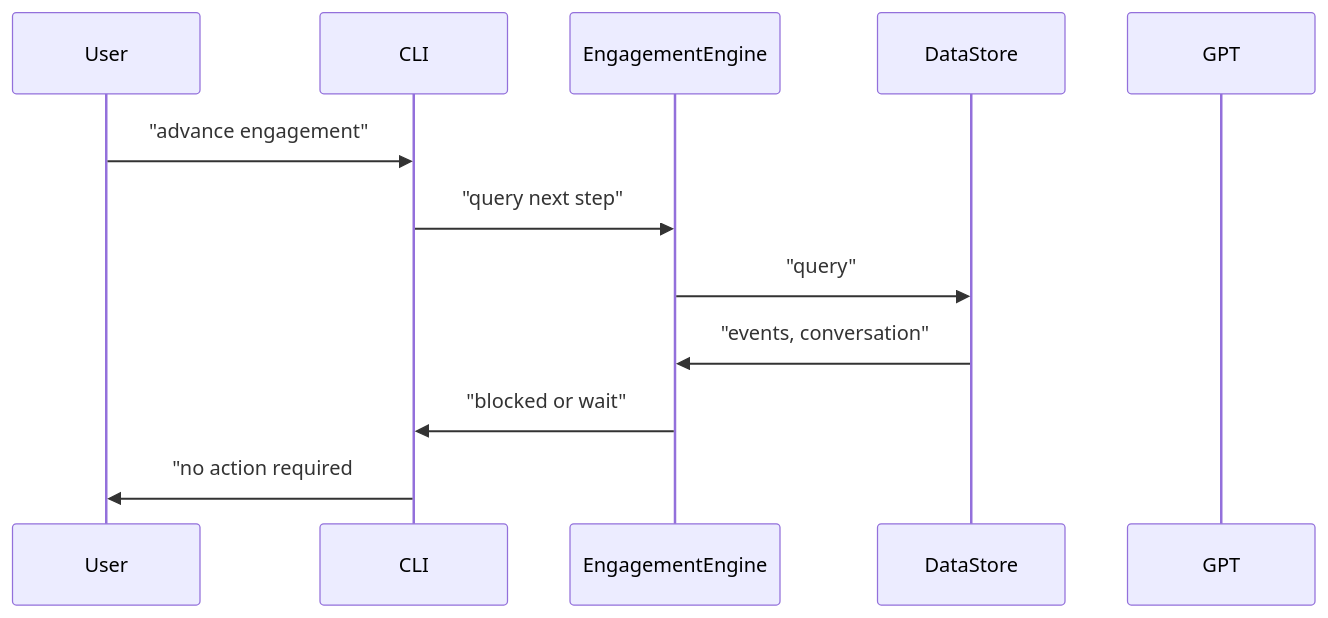
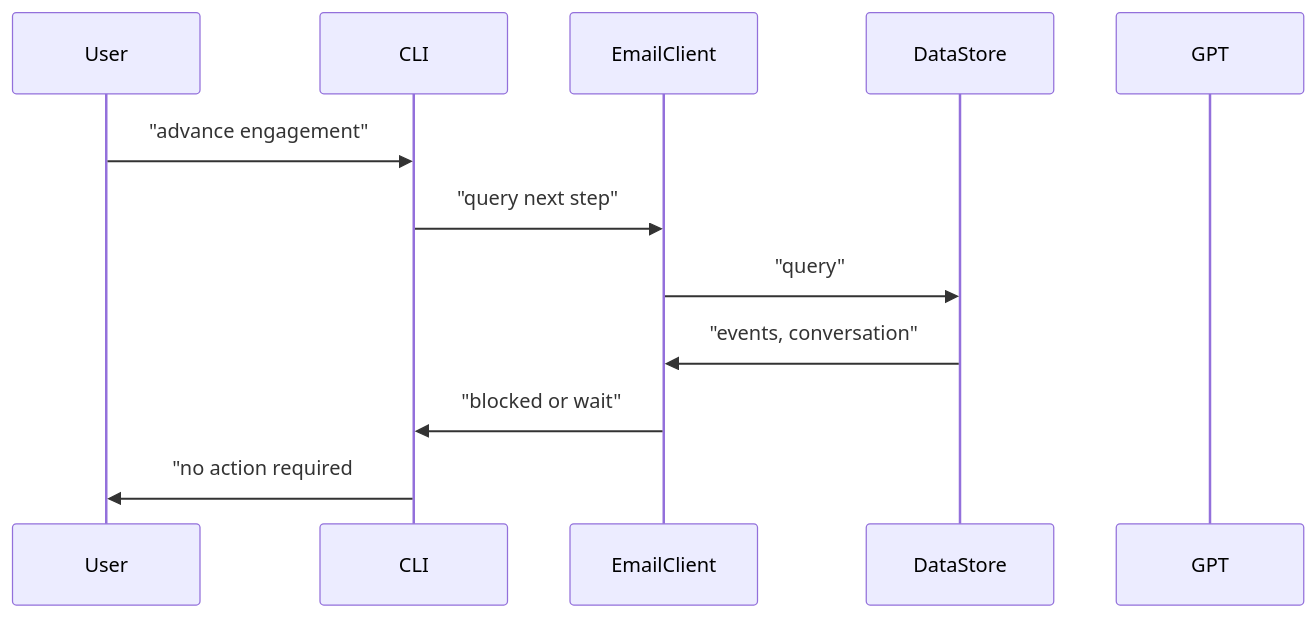
Before and after one commit to alexpotashnik/email-agent: the second of 3 diagrams in README.md, drawn with Mermaid. The commit also changed other lines of this file, not shown here.

````diff
--- a/README.md
+++ b/README.md
@@ -66,16 +66,16 @@
 ```mermaid
 sequenceDiagram
   participant User
   participant CLI
-  participant EngagementEngine
+  participant EmailClient
   participant DataStore
   participant GPT
 
   User->>CLI: "advance engagement"
-  CLI->>EngagementEngine: "query next step"
-  EngagementEngine->>DataStore: "query"
-  DataStore->>EngagementEngine: "events, conversation"
-  EngagementEngine->>CLI: "blocked or wait"
+  CLI->>EmailClient: "query next step"
+  EmailClient->>DataStore: "query"
+  DataStore->>EmailClient: "events, conversation"
+  EmailClient->>CLI: "blocked or wait"
   CLI->>User: "no action required      
   
 ```
````
